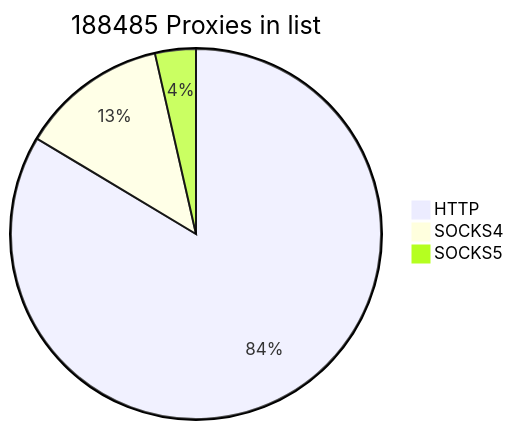
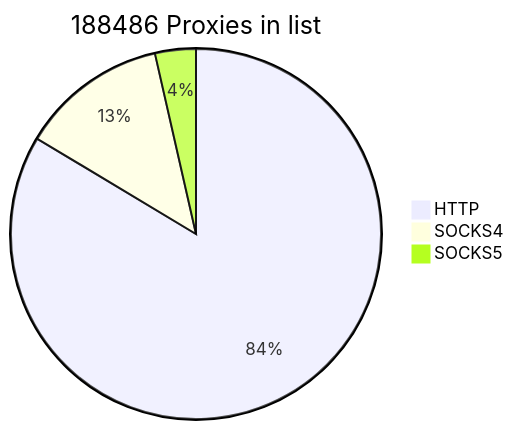
The first of 2 diagrams in README.md (cutipu/proxylist), drawn with Mermaid before and after one commit. The commit also changed other lines of this file, not shown here.

````diff
--- a/README.md
+++ b/README.md
@@ -2,7 +2,7 @@
 ```mermaid
-pie title 188485 Proxies in list
-    "HTTP" : 157579
-    "SOCKS4" : 24196
-    "SOCKS5" : 6710
+pie title 188486 Proxies in list
+    "HTTP" : 157580
+    "SOCKS4" : 24195
+    "SOCKS5" : 6711
             
 ```
````
